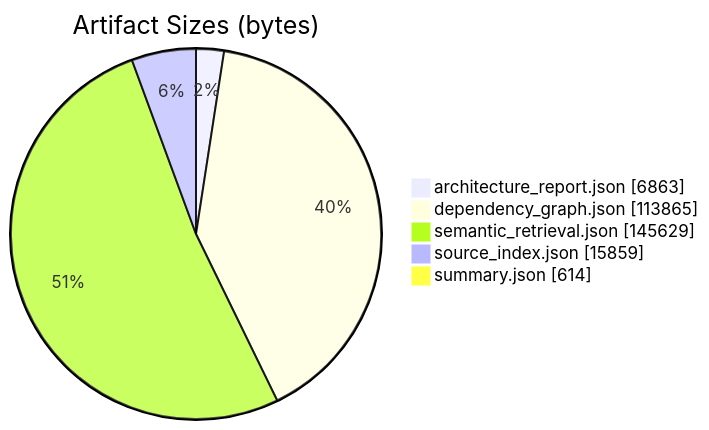
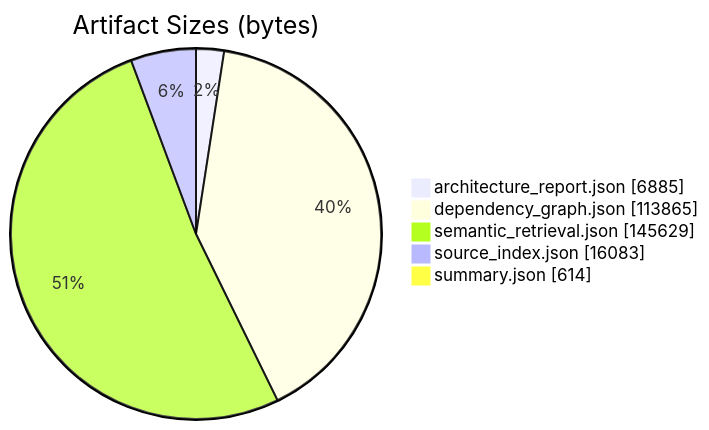
Before and after one commit to scl2bp/refactor_cli: the second of 7 diagrams in .refactor/analysis/candidates/report.md, drawn with Mermaid. The commit also changed other lines of this file and 2 other files, not shown here.

Commit message:
Update report line count in refactoring plan documentation

````diff
--- a/.refactor/analysis/candidates/report.md
+++ b/.refactor/analysis/candidates/report.md
@@ -43,9 +43,9 @@
 ```mermaid
 pie showData
   title Artifact Sizes (bytes)
-  "architecture_report.json" : 6863
+  "architecture_report.json" : 6885
   "dependency_graph.json" : 113865
   "semantic_retrieval.json" : 145629
-  "source_index.json" : 15859
+  "source_index.json" : 16083
   "summary.json" : 614
 ```
````
